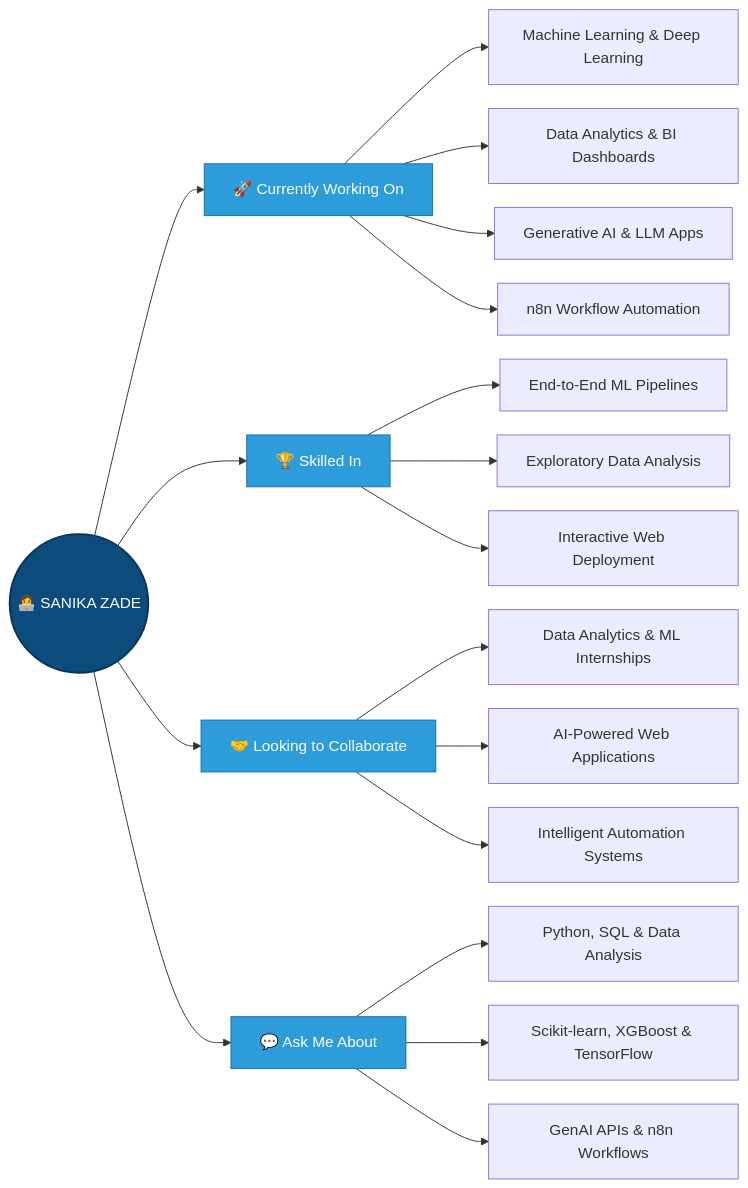
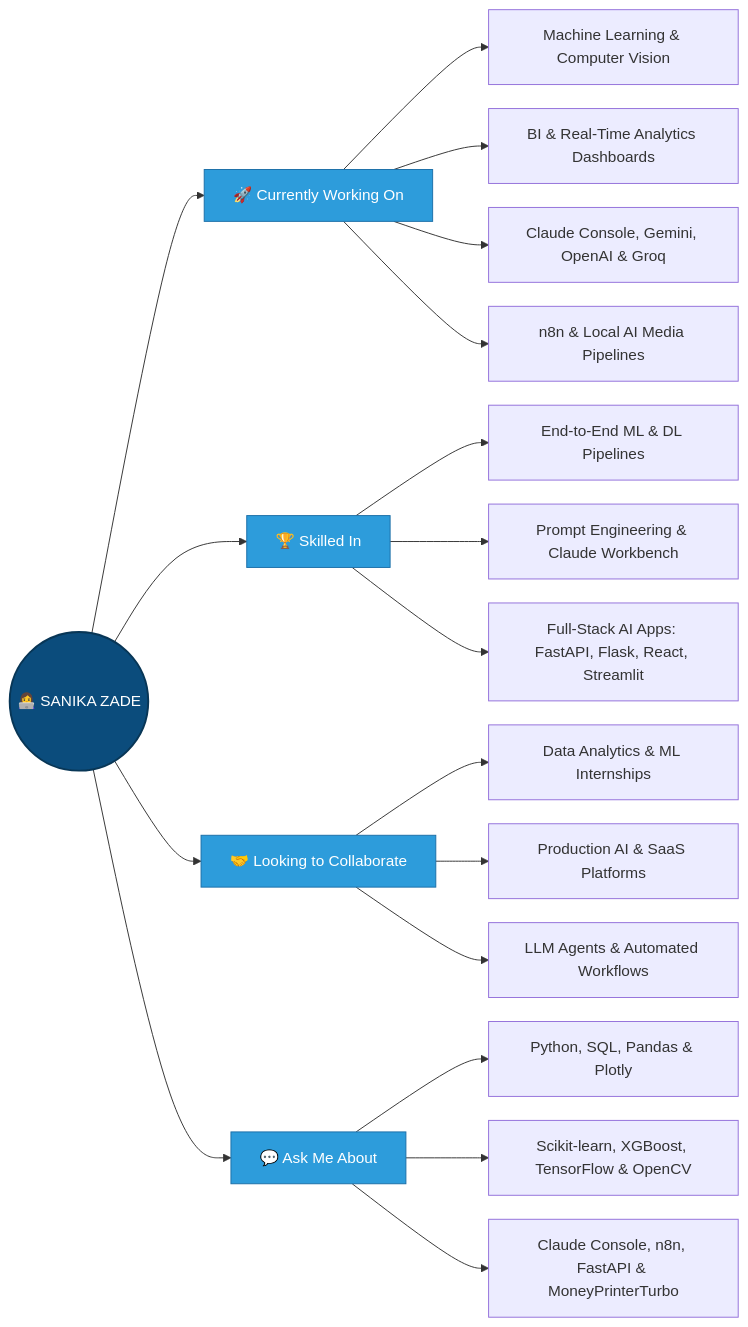
One commit to SanikaZade/SanikaZade changed the diagram in readme.md. Above: the diagram before and after it, drawn with Mermaid. The commit also changed other lines of this file, not shown here.

````diff
--- a/readme.md
+++ b/readme.md
@@ -43,32 +45,32 @@
 ```mermaid
 %%{init: {"flowchart": {"nodeSpacing": 25, "rankSpacing": 55}}}%%
 flowchart LR
     ME(("👩‍💻 SANIKA ZADE"))
 
     ME --> CW["🚀 Currently Working On"]
-    CW --> CW1[Machine Learning & Deep Learning]
-    CW --> CW2[Data Analytics & BI Dashboards]
-    CW --> CW3[Generative AI & LLM Apps]
-    CW --> CW4[n8n Workflow Automation]
+    CW --> CW1[Machine Learning & Computer Vision]
+    CW --> CW2[BI & Real-Time Analytics Dashboards]
+    CW --> CW3[Claude Console, Gemini, OpenAI & Groq]
+    CW --> CW4[n8n & Local AI Media Pipelines]
 
     ME --> EX["🏆 Skilled In"]
-    EX --> EX1[End-to-End ML Pipelines]
-    EX --> EX2[Exploratory Data Analysis]
-    EX --> EX3[Interactive Web Deployment]
+    EX --> EX1[End-to-End ML & DL Pipelines]
+    EX --> EX2[Prompt Engineering & Claude Workbench]
+    EX --> EX3[Full-Stack AI Apps: FastAPI, Flask, React, Streamlit]
 
     ME --> COL["🤝 Looking to Collaborate"]
     COL --> COL1[Data Analytics & ML Internships]
-    COL --> COL2[AI-Powered Web Applications]
-    COL --> COL3[Intelligent Automation Systems]
+    COL --> COL2[Production AI & SaaS Platforms]
+    COL --> COL3[LLM Agents & Automated Workflows]
 
     ME --> ASK["💬 Ask Me About"]
-    ASK --> ASK1[Python, SQL & Data Analysis]
-    ASK --> ASK2[Scikit-learn, XGBoost & TensorFlow]
-    ASK --> ASK3[GenAI APIs & n8n Workflows]
+    ASK --> ASK1[Python, SQL, Pandas & Plotly]
+    ASK --> ASK2[Scikit-learn, XGBoost, TensorFlow & OpenCV]
+    ASK --> ASK3[Claude Console, n8n, FastAPI & MoneyPrinterTurbo]
 
     style ME fill:#0B4C7C,stroke:#083656,stroke-width:2px,color:#fff
     style CW fill:#2D9CDB,stroke:#1B6FA8,color:#fff
     style EX fill:#2D9CDB,stroke:#1B6FA8,color:#fff
     style COL fill:#2D9CDB,stroke:#1B6FA8,color:#fff
     style ASK fill:#2D9CDB,stroke:#1B6FA8,color:#fff
 ```
````
